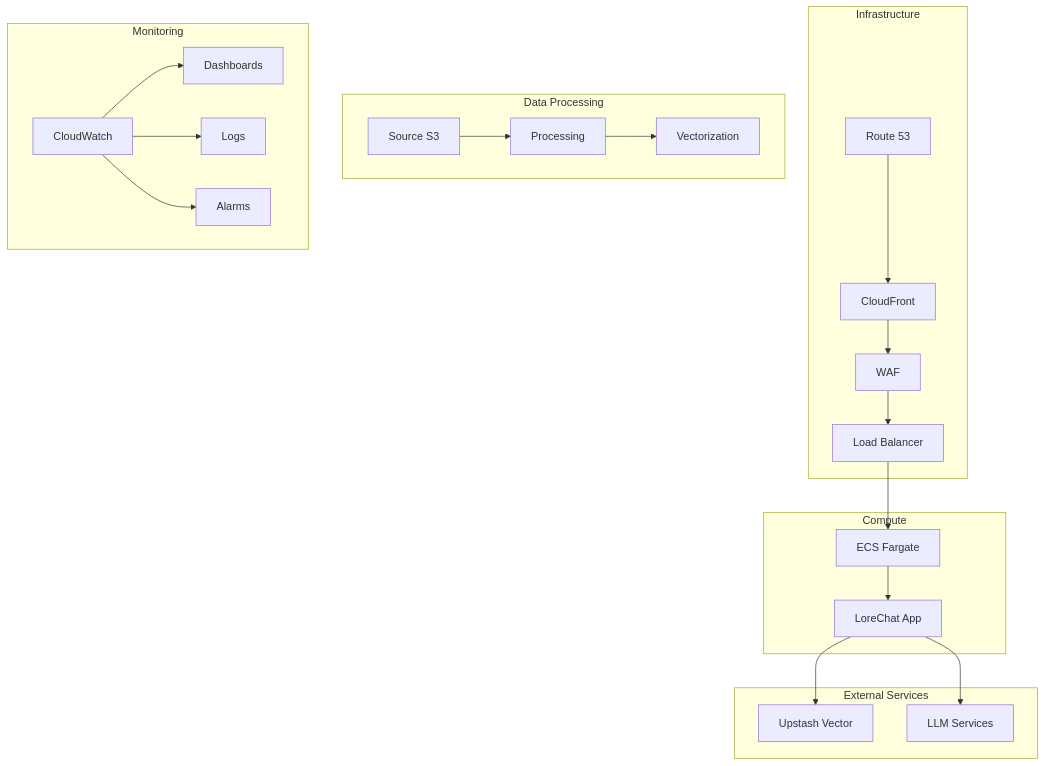
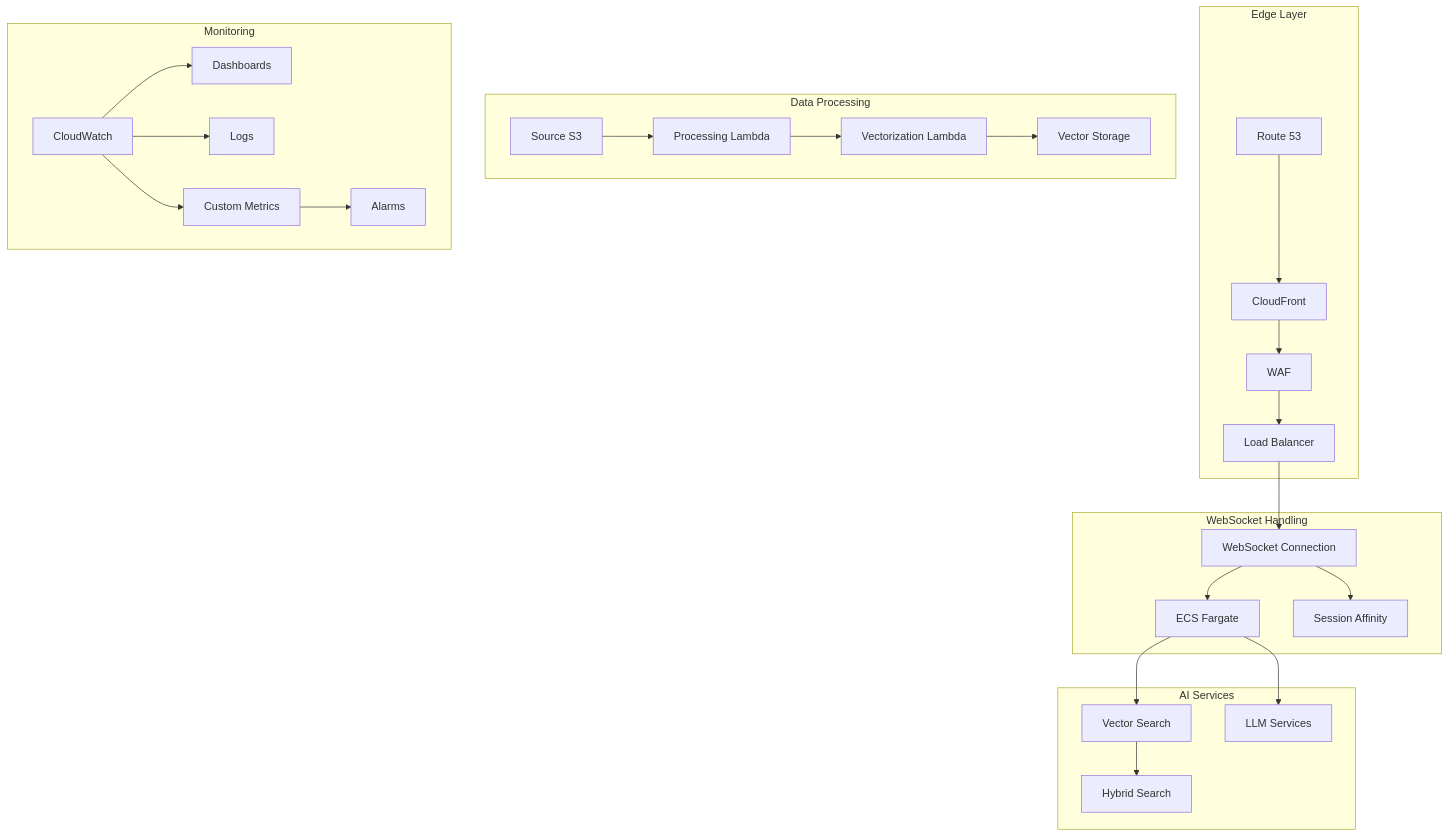
Before and after one commit to laialex501/lorechat-cdk: the second of 3 diagrams in memory-bank/techContext.md, drawn with Mermaid. The commit also changed other lines of this file and 7 other files, not shown here.

````diff
--- a/memory-bank/techContext.md
+++ b/memory-bank/techContext.md
@@ -42,29 +42,33 @@
 ```mermaid
 graph TD
-    subgraph "Infrastructure"
+    subgraph "Edge Layer"
         CF[CloudFront] --> WAF
         WAF --> ALB[Load Balancer]
         R53[Route 53] --> CF
     end
     
-    subgraph "Compute"
-        ALB --> ECS[ECS Fargate]
-        ECS --> App[LoreChat App]
+    subgraph "WebSocket Handling"
+        ALB --> WS[WebSocket Connection]
+        WS --> ECS[ECS Fargate]
+        WS --> SA[Session Affinity]
     end
     
     subgraph "Data Processing"
-        S3[Source S3] --> Lambda[Processing]
-        Lambda --> Vec[Vectorization]
+        S3[Source S3] --> PL[Processing Lambda]
+        PL --> VL[Vectorization Lambda]
+        VL --> VS[Vector Storage]
     end
     
-    subgraph "External Services"
-        App --> UV[Upstash Vector]
-        App --> LLM[LLM Services]
+    subgraph "AI Services"
+        ECS --> Vec[Vector Search]
+        ECS --> LLM[LLM Services]
+        Vec --> Hyb[Hybrid Search]
     end
     
     subgraph "Monitoring"
         CW[CloudWatch] --> Dash[Dashboards]
         CW --> Log[Logs]
-        CW --> Alarm[Alarms]
+        CW --> Met[Custom Metrics]
+        Met --> Alarm[Alarms]
     end
 ```
````
